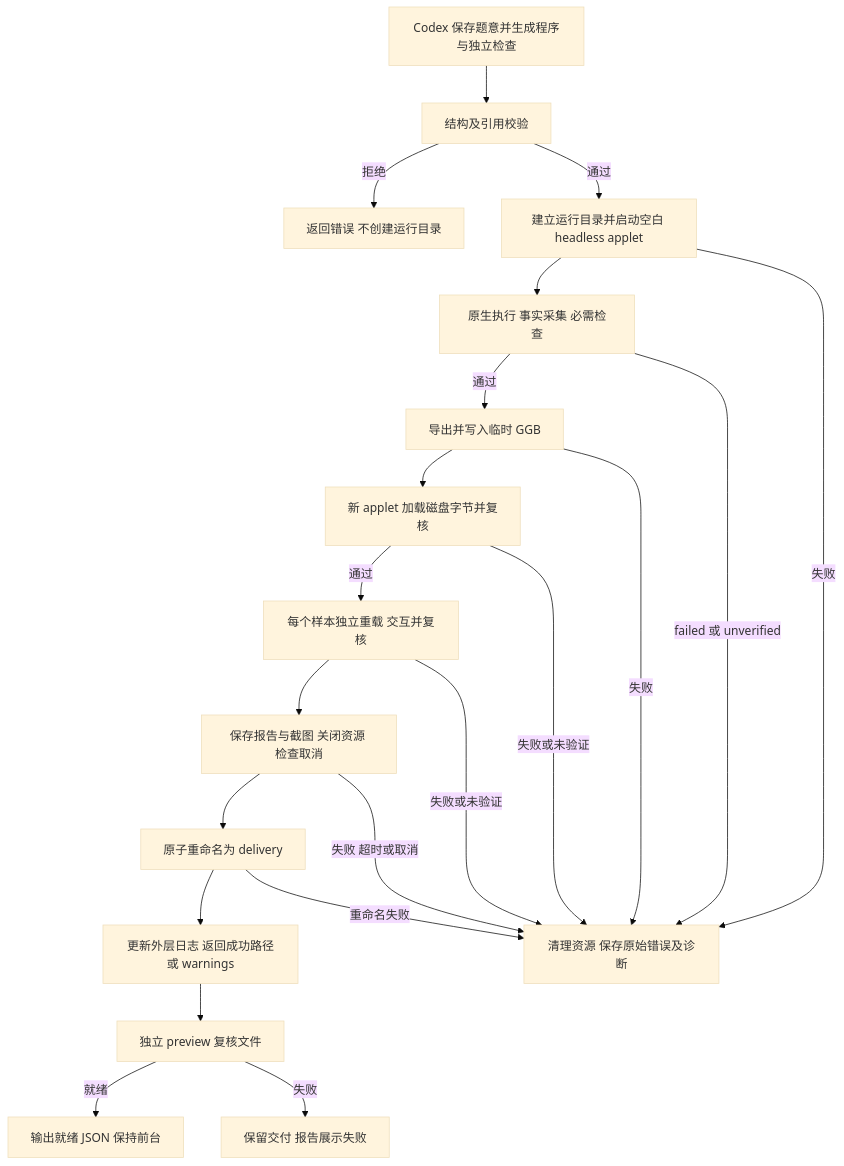
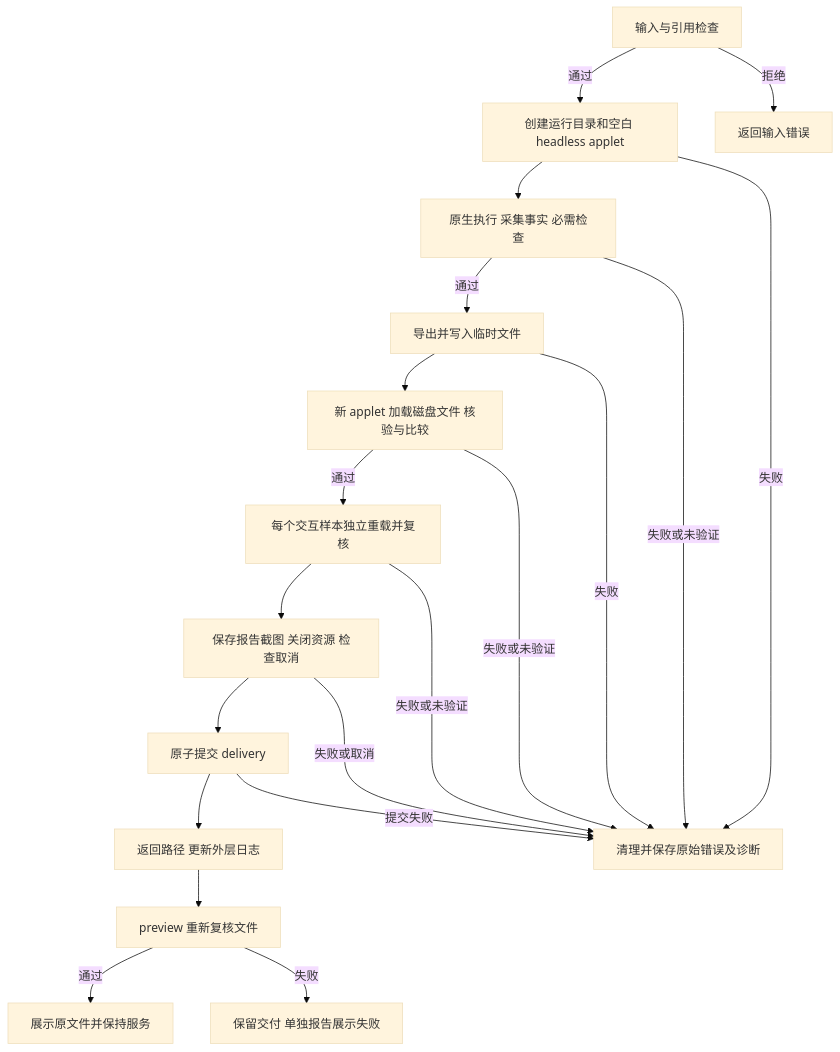
Before and after one commit to Jack7510/ggb-plugins: the second of 3 diagrams in docs/ggb-plugins-design.md, drawn with Mermaid (base theme). The commit also changed other lines of this file and 6 other files, not shown here.

````diff
--- a/docs/ggb-plugins-design.md
+++ b/docs/ggb-plugins-design.md
@@ -193,23 +108,22 @@
 ```mermaid
 flowchart TD
-  A[Codex 保存题意并生成程序与独立检查] --> B[结构及引用校验]
-  B -->|拒绝| X[返回错误 不创建运行目录]
-  B -->|通过| C[建立运行目录并启动空白 headless applet]
-  C --> D[原生执行 事实采集 必需检查]
-  D -->|通过| E[导出并写入临时 GGB]
-  E --> F[新 applet 加载磁盘字节并复核]
-  F -->|通过| G[每个样本独立重载 交互并复核]
-  G --> H[保存报告与截图 关闭资源 检查取消]
-  H --> I[原子重命名为 delivery]
-  I --> J[更新外层日志 返回成功路径或 warnings]
-  J --> K[独立 preview 复核文件]
-  K -->|就绪| L[输出就绪 JSON 保持前台]
-  K -->|失败| M[保留交付 报告展示失败]
-  C -->|失败| Y[清理资源 保存原始错误及诊断]
-  D -->|failed 或 unverified| Y
-  E -->|失败| Y
+  A[输入与引用检查] -->|通过| B[创建运行目录和空白 headless applet]
+  A -->|拒绝| X[返回输入错误]
+  B --> C[原生执行 采集事实 必需检查]
+  C -->|通过| D[导出并写入临时文件]
+  D --> E[新 applet 加载磁盘文件 核验与比较]
+  E -->|通过| F[每个交互样本独立重载并复核]
+  F --> G[保存报告截图 关闭资源 检查取消]
+  G --> H[原子提交 delivery]
+  H --> I[返回路径 更新外层日志]
+  I --> J[preview 重新复核文件]
+  J -->|通过| K[展示原文件并保持服务]
+  J -->|失败| L[保留交付 单独报告展示失败]
+  B -->|失败| Y[清理并保存原始错误及诊断]
+  C -->|失败或未验证| Y
+  D -->|失败| Y
+  E -->|失败或未验证| Y
   F -->|失败或未验证| Y
-  G -->|失败或未验证| Y
-  H -->|失败 超时或取消| Y
-  I -->|重命名失败| Y
+  G -->|失败或取消| Y
+  H -->|提交失败| Y
 ```
````
